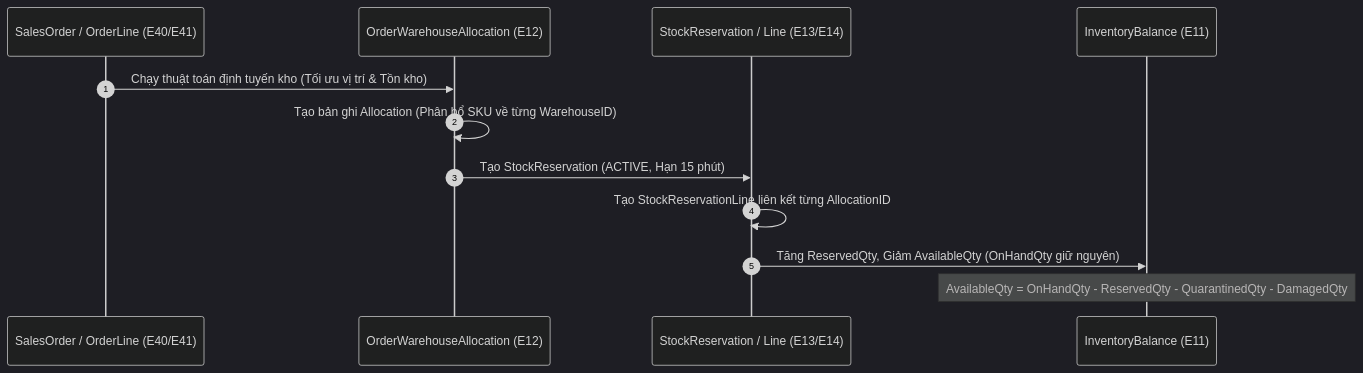
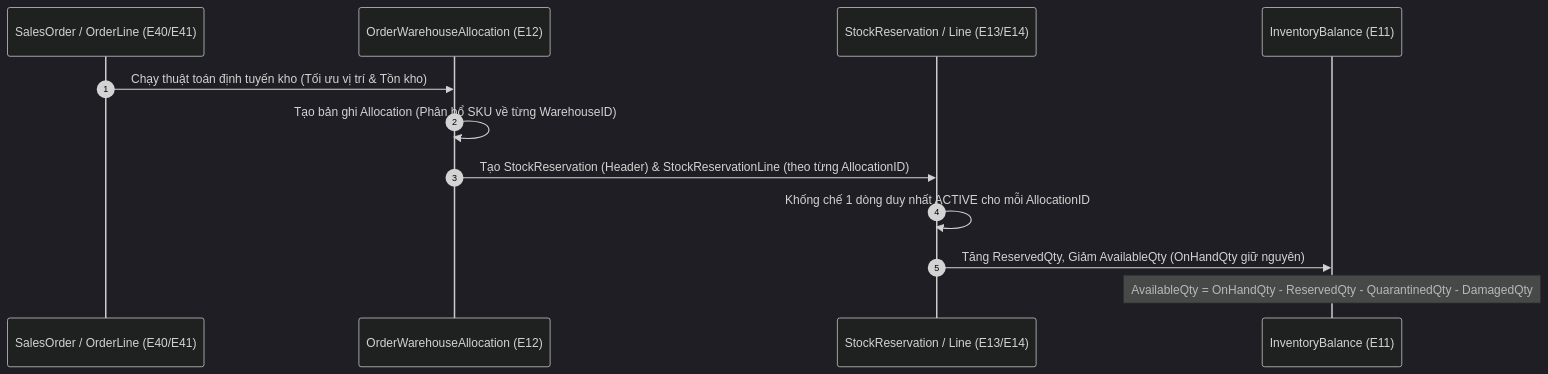
The sixth of 14 diagrams in docs/Project-Progress-Report-Pre-M3.md (itzchugnn/RetailCore-E-commerce-Management-System), drawn with Mermaid (dark theme) before and after one commit. The commit also changed other lines of this file and 1 other file, not shown here.

First line of the commit message:
docs(m3): resolve pre-m3 architecture issues and upgrade progress report to v2.1

````diff
--- a/docs/Project-Progress-Report-Pre-M3.md
+++ b/docs/Project-Progress-Report-Pre-M3.md
@@ -253,15 +267,15 @@
 ```mermaid
 sequenceDiagram
     autonumber
     participant Order as SalesOrder / OrderLine (E40/E41)
     participant Alloc as OrderWarehouseAllocation (E12)
     participant Res as StockReservation / Line (E13/E14)
     participant Inv as InventoryBalance (E11)
     
     Order->>Alloc: Chạy thuật toán định tuyến kho (Tối ưu vị trí & Tồn kho)
     Alloc->>Alloc: Tạo bản ghi Allocation (Phân bổ SKU về từng WarehouseID)
-    Alloc->>Res: Tạo StockReservation (ACTIVE, Hạn 15 phút)
-    Res->>Res: Tạo StockReservationLine liên kết từng AllocationID
+    Alloc->>Res: Tạo StockReservation (Header) & StockReservationLine (theo từng AllocationID)
+    Res->>Res: Khống chế 1 dòng duy nhất ACTIVE cho mỗi AllocationID
     Res->>Inv: Tăng ReservedQty, Giảm AvailableQty (OnHandQty giữ nguyên)
     Note over Inv: AvailableQty = OnHandQty - ReservedQty - QuarantinedQty - DamagedQty
 ```
````
